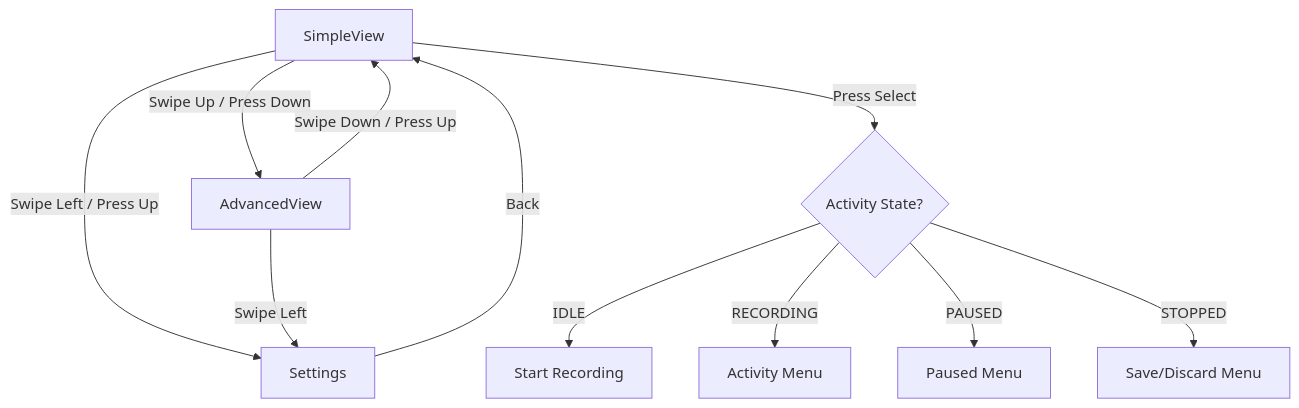
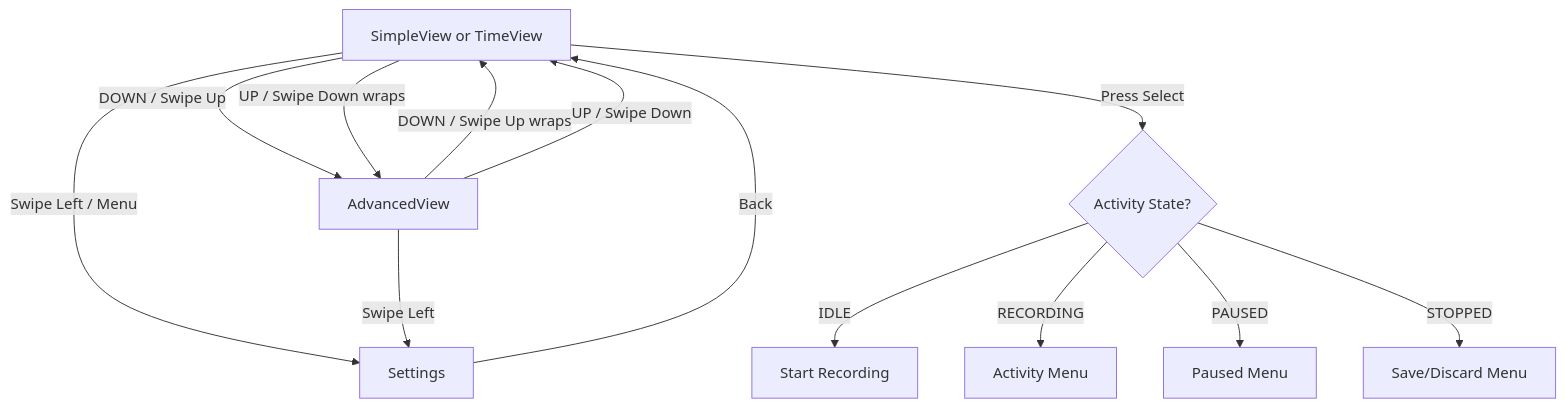
One commit to Redback-Operations/garmin-smartwatch changed diagram 11 of 11 in TECHNICAL_DOCUMENTATION_v3.md. Above: the diagram before and after it, drawn with Mermaid. The commit also changed other lines of this file and 10 other files, not shown here.

````diff
--- a/TECHNICAL_DOCUMENTATION_v3.md
+++ b/TECHNICAL_DOCUMENTATION_v3.md
@@ -1761,13 +1761,15 @@
 ```mermaid
 graph TD
-    A[SimpleView] -->|Swipe Up / Press Down| B[AdvancedView]
-    B -->|Swipe Down / Press Up| A
-    A -->|Swipe Left / Press Up| C[Settings]
+    A[SimpleView or TimeView] -->|DOWN / Swipe Up| B[AdvancedView]
+    B -->|DOWN / Swipe Up wraps| A
+    A -->|UP / Swipe Down wraps| B
+    B -->|UP / Swipe Down| A
+    A -->|Swipe Left / Menu| C[Settings]
     B -->|Swipe Left| C
     C -->|Back| A
     A -->|Press Select| D{Activity State?}
     D -->|IDLE| E[Start Recording]
     D -->|RECORDING| F[Activity Menu]
     D -->|PAUSED| G[Paused Menu]
     D -->|STOPPED| H[Save/Discard Menu]
 ```
````
